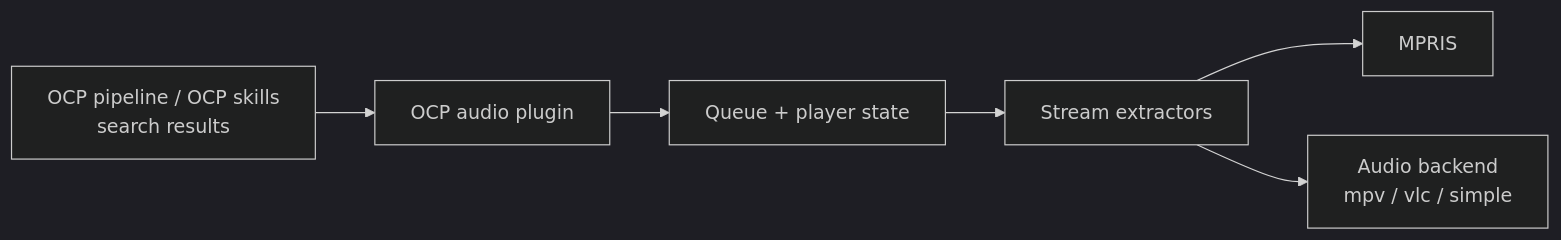
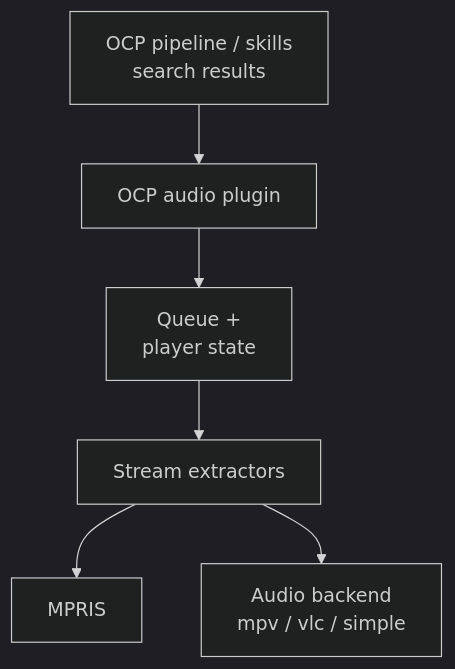
One commit to OpenVoiceOS/beta-technical-manual changed the diagram in docs/ocp-audio-plugin.md. Above: the diagram before and after it, drawn with Mermaid (dark theme). The commit also changed 19 other files, not shown here.

First line of the commit message:
docs: fit diagrams to the content column; arena live URL

````diff
--- a/docs/ocp-audio-plugin.md
+++ b/docs/ocp-audio-plugin.md
@@ -36,8 +36,8 @@
 ```mermaid
-flowchart LR
-    A[OCP pipeline / OCP skills<br/>search results] --> B[OCP audio plugin]
-    B --> C[Queue + player state]
-    C --> D[Stream extractors]
-    D --> E[MPRIS]
-    D --> F[Audio backend<br/>mpv / vlc / simple]
+flowchart TD
+    A["OCP pipeline / skills<br/>search results"] --> B["OCP audio plugin"]
+    B --> C["Queue +<br/>player state"]
+    C --> D["Stream extractors"]
+    D --> E["MPRIS"]
+    D --> F["Audio backend<br/>mpv / vlc / simple"]
 ```
````
